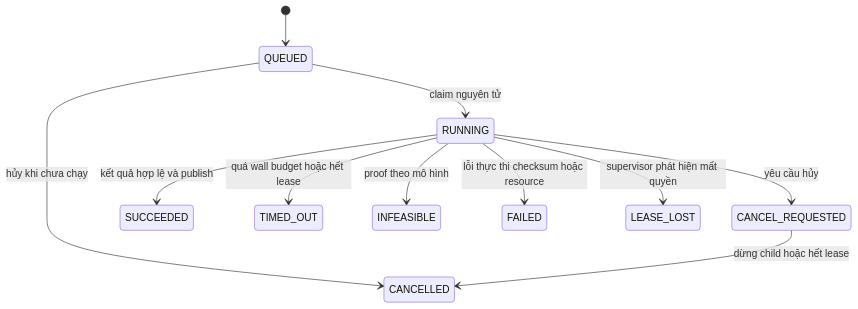
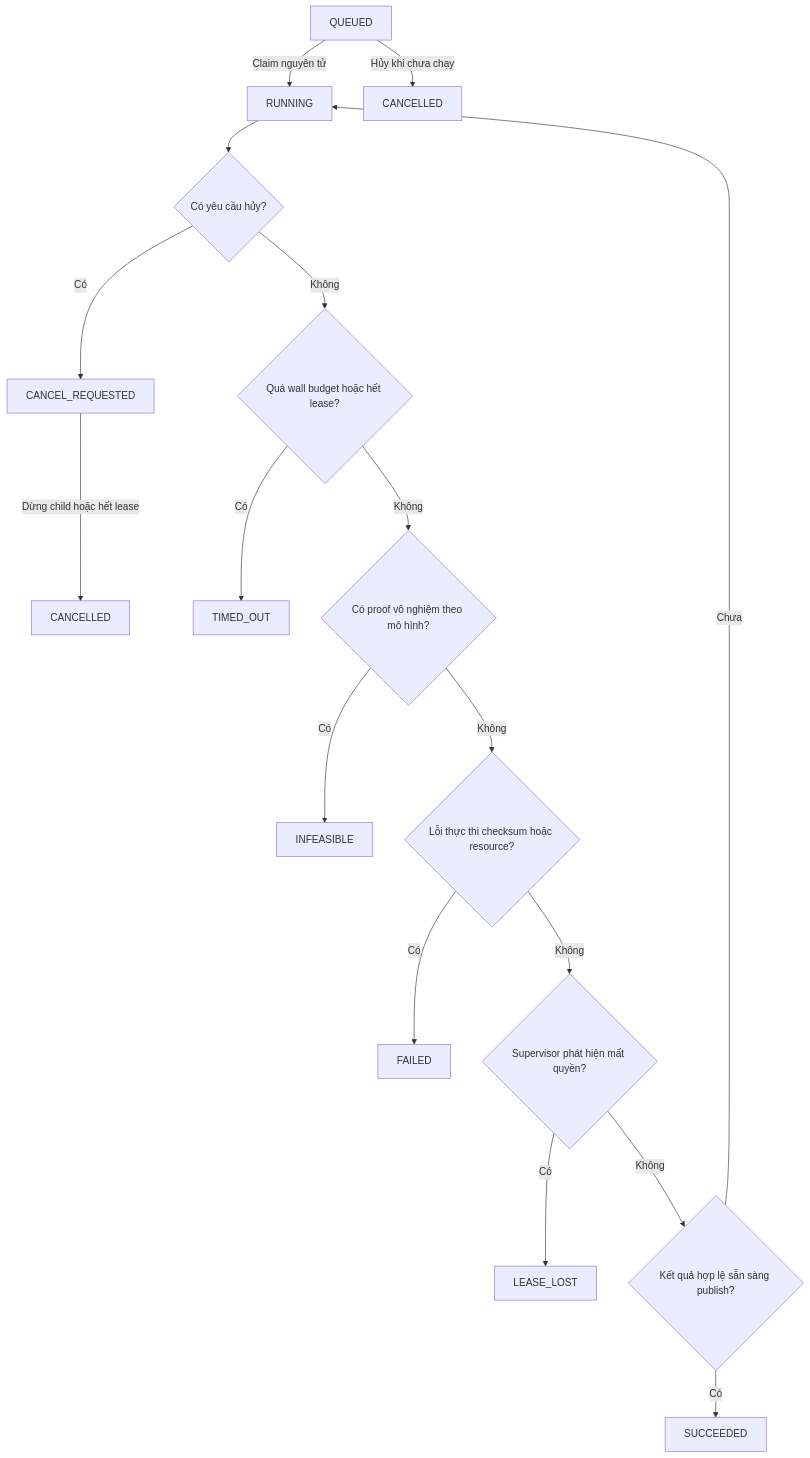
One commit to THANHTAI2004/Smart_Retail_Floor_Allocation changed diagram 14 of 17 in README.md. Above: the diagram before and after it, drawn with Mermaid. The commit also changed other lines of this file, not shown here.

````diff
--- a/README.md
+++ b/README.md
@@ -829,13 +811,19 @@
 ```mermaid
-stateDiagram-v2
-  [*] --> QUEUED
-  QUEUED --> RUNNING: claim nguyên tử
-  QUEUED --> CANCELLED: hủy khi chưa chạy
-  RUNNING --> CANCEL_REQUESTED: yêu cầu hủy
-  CANCEL_REQUESTED --> CANCELLED: dừng child hoặc hết lease
-  RUNNING --> SUCCEEDED: kết quả hợp lệ và publish
-  RUNNING --> TIMED_OUT: quá wall budget hoặc hết lease
-  RUNNING --> INFEASIBLE: proof theo mô hình
-  RUNNING --> FAILED: lỗi thực thi checksum hoặc resource
-  RUNNING --> LEASE_LOST: supervisor phát hiện mất quyền
+flowchart TD
+  QUEUED[QUEUED] -->|Claim nguyên tử| RUNNING[RUNNING]
+  QUEUED -->|Hủy khi chưa chạy| QUEUED_CANCEL[CANCELLED]
+  RUNNING --> CANCEL{Có yêu cầu hủy?}
+  CANCEL -->|Có| CANCEL_REQUESTED[CANCEL_REQUESTED]
+  CANCEL_REQUESTED -->|Dừng child hoặc hết lease| CANCELLED[CANCELLED]
+  CANCEL -->|Không| DEADLINE{Quá wall budget hoặc hết lease?}
+  DEADLINE -->|Có| TIMED_OUT[TIMED_OUT]
+  DEADLINE -->|Không| PROOF{Có proof vô nghiệm theo mô hình?}
+  PROOF -->|Có| INFEASIBLE[INFEASIBLE]
+  PROOF -->|Không| ERROR{Lỗi thực thi checksum hoặc resource?}
+  ERROR -->|Có| FAILED[FAILED]
+  ERROR -->|Không| OWNER{Supervisor phát hiện mất quyền?}
+  OWNER -->|Có| LEASE_LOST[LEASE_LOST]
+  OWNER -->|Không| COMPLETE{Kết quả hợp lệ sẵn sàng publish?}
+  COMPLETE -->|Có| SUCCEEDED[SUCCEEDED]
+  COMPLETE -->|Chưa| RUNNING
 ```
````
